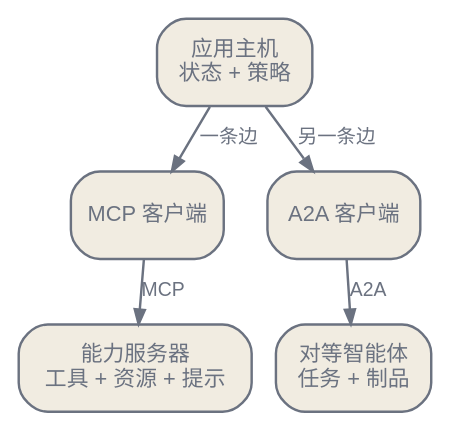
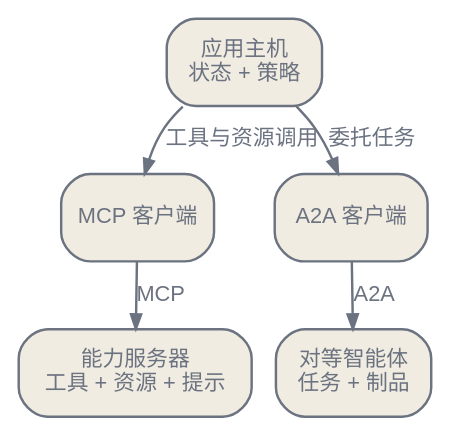
Before and after one commit to latere-ai/ai-as-an-infrastructure: the second of 2 diagrams in zh/ecosystem/03-tooling-ecosystem.qmd, drawn with Graphviz. The commit also changed 1 other file, not shown here.

Commit message:
ecosystem: protocol diagram names what crosses each host edge, labels at 9 pt

````diff
--- a/zh/ecosystem/03-tooling-ecosystem.qmd
+++ b/zh/ecosystem/03-tooling-ecosystem.qmd
@@ -138,24 +138,24 @@
 ```{dot}
 //| label: fig-tooling-protocols
 //| fig-cap: "MCP 与 A2A 连接不同的角色。应用主机通过 MCP 客户端访问能力服务器，A2A 客户端则把任务委托给独立运行的对等智能体。发现与消息交换并不提供信任或授权。"
 digraph tooling_protocols {
   bgcolor="transparent";
   rankdir=TB;
   nodesep=0.14;
   ranksep=0.25;
   node [shape=box, style="rounded,filled", fontname="Helvetica", fontsize=9,
         color="#6b7280", fontcolor="#6b7280", fillcolor="#f1ece1",
         margin="0.10,0.07"];
   edge [color="#6b7280", fontcolor="#6b7280", fontname="Helvetica",
-        fontsize=8, arrowsize=0.6];
+        fontsize=9, arrowsize=0.6];
   H [label="应用主机\n状态 + 策略"];
   M [label="MCP 客户端"];
   S [label="能力服务器\n工具 + 资源 + 提示"];
   A [label="A2A 客户端"];
   P [label="对等智能体\n任务 + 制品"];
-  H -> M [label="一条边"];
+  H -> M [label="工具与资源调用"];
   M -> S [label="MCP"];
-  H -> A [label="另一条边"];
+  H -> A [label="委托任务"];
   A -> P [label="A2A"];
 }
 ```
````
